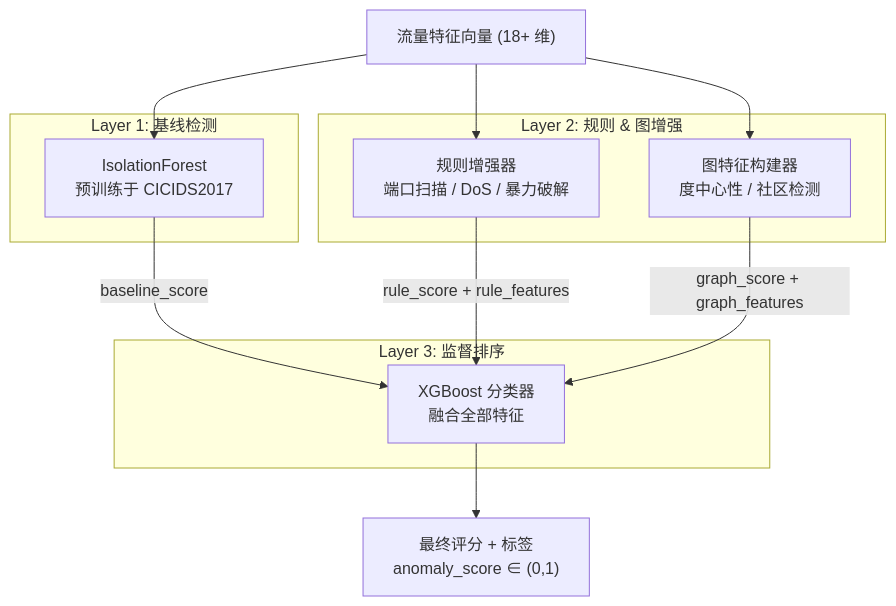
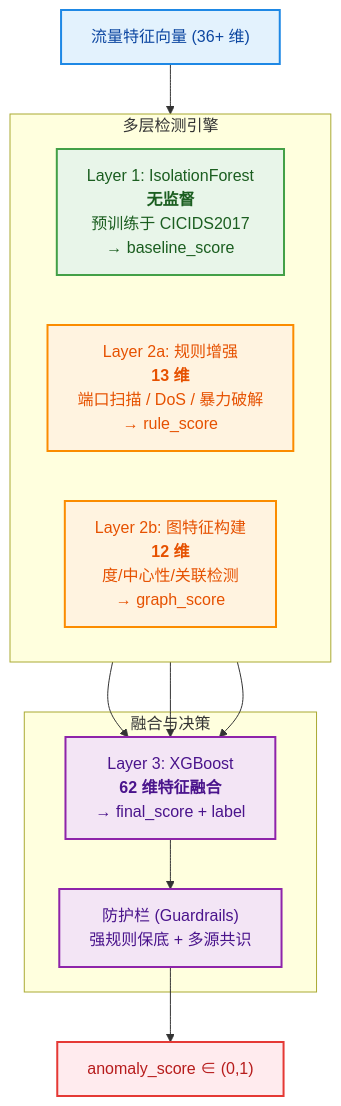
One commit to want-be-human/project changed the fourth of 16 diagrams in 项目介绍.md. Above: the diagram before and after it, drawn with Mermaid. The commit also changed other lines of this file and 4 other files, not shown here.

````diff
--- a/项目介绍.md
+++ b/项目介绍.md
@@ -258,27 +281,43 @@
 ```mermaid
 flowchart TB
-    Input["流量特征向量 (18+ 维)"]
+    %% 样式定义
+    classDef input fill:#E3F2FD,stroke:#1E88E5,stroke-width:2px,color:#0D47A1
+    classDef layer1 fill:#E8F5E9,stroke:#43A047,stroke-width:2px,color:#1B5E20
+    classDef layer2 fill:#FFF3E0,stroke:#FB8C00,stroke-width:2px,color:#E65100
+    classDef layer3 fill:#F3E5F5,stroke:#8E24AA,stroke-width:2px,color:#4A148C
+    classDef output fill:#FFEBEE,stroke:#E53935,stroke-width:2px,color:#B71C1C
 
-    subgraph Layer1 ["Layer 1: 基线检测"]
-        IF["IsolationForest<br/>预训练于 CICIDS2017"]
+    %% 输入节点
+    Input["流量特征向量 (36+ 维)"]
+    class Input input
+
+    %% 并行检测层 (L1, L2a, L2b)
+    subgraph DetectionLayers [多层检测引擎]
+        direction LR
+        L1["Layer 1: IsolationForest<br/><b>无监督</b><br/>预训练于 CICIDS2017<br/>→ baseline_score"]
+        L2a["Layer 2a: 规则增强<br/><b>13 维</b><br/>端口扫描 / DoS / 暴力破解<br/>→ rule_score"]
+        L2b["Layer 2b: 图特征构建<br/><b>12 维</b><br/>度/中心性/关联检测<br/>→ graph_score"]
     end
+    class L1 layer1
+    class L2a,L2b layer2
 
-    subgraph Layer2 ["Layer 2: 规则 & 图增强"]
-        Rule["规则增强器<br/>端口扫描 / DoS / 暴力破解"]
-        Graph["图特征构建器<br/>度中心性 / 社区检测"]
+    %% 融合与决策层
+    subgraph FusionLayer [融合与决策]
+        L3["Layer 3: XGBoost<br/><b>62 维特征融合</b><br/>→ final_score + label"]
+        Guardrails["防护栏 (Guardrails)<br/>强规则保底 + 多源共识"]
     end
+    class L3 layer3
+    class Guardrails layer3
 
-    subgraph Layer3 ["Layer 3: 监督排序"]
-        XGB["XGBoost 分类器<br/>融合全部特征"]
-    end
+    %% 输出
+    Output["anomaly_score ∈ (0,1)"]
+    class Output output
 
-    Output["最终评分 + 标签<br/>anomaly_score ∈ (0,1)"]
-
-    Input --> IF
-    Input --> Rule
-    Input --> Graph
-    IF -->|baseline_score| XGB
-    Rule -->|rule_score + rule_features| XGB
-    Graph -->|graph_score + graph_features| XGB
-    XGB --> Output
+    %% 连接
+    Input --> DetectionLayers
+    L1 --> L3
+    L2a --> L3
+    L2b --> L3
+    L3 --> Guardrails
+    Guardrails --> Output
 ```
````
